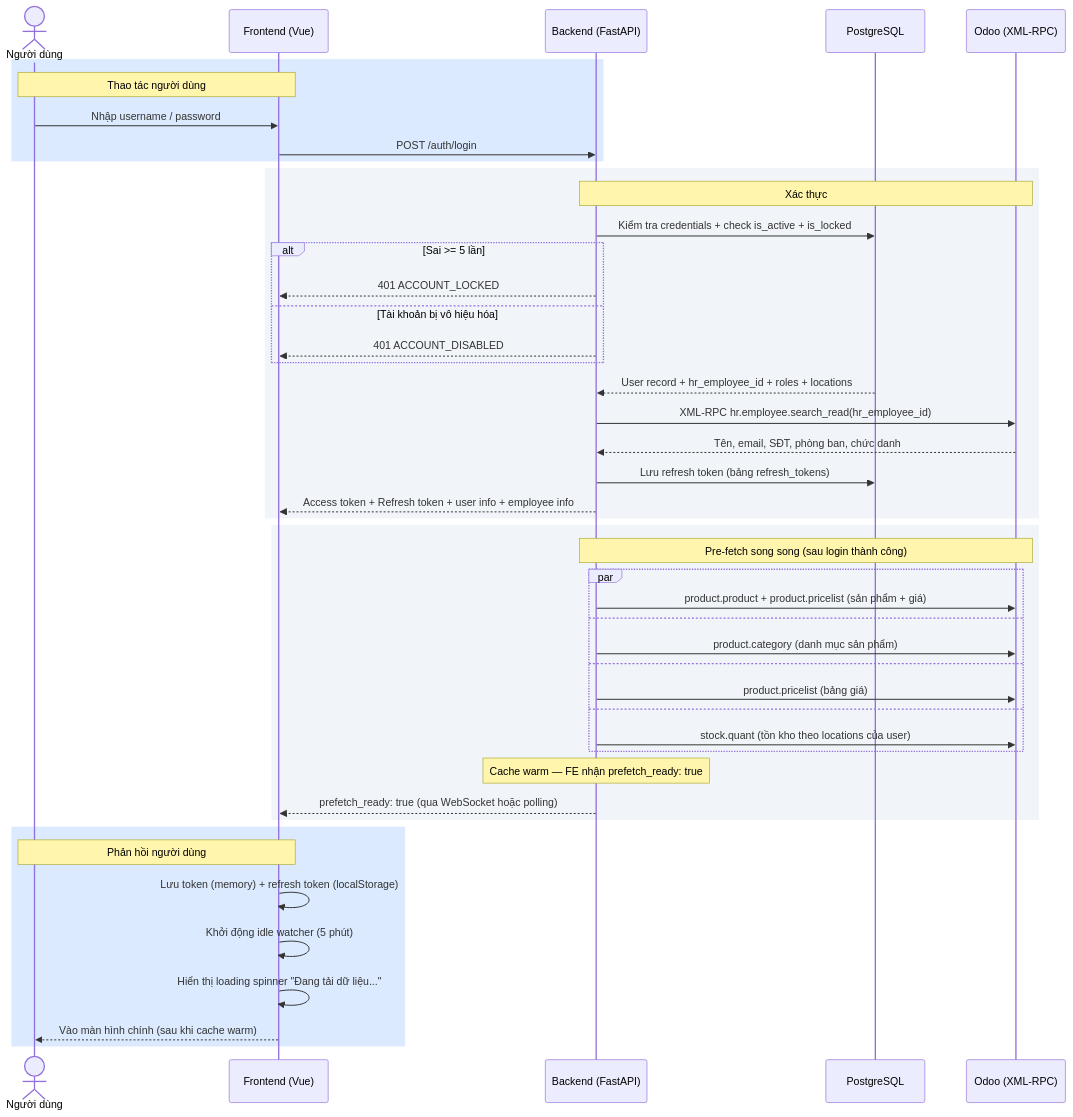
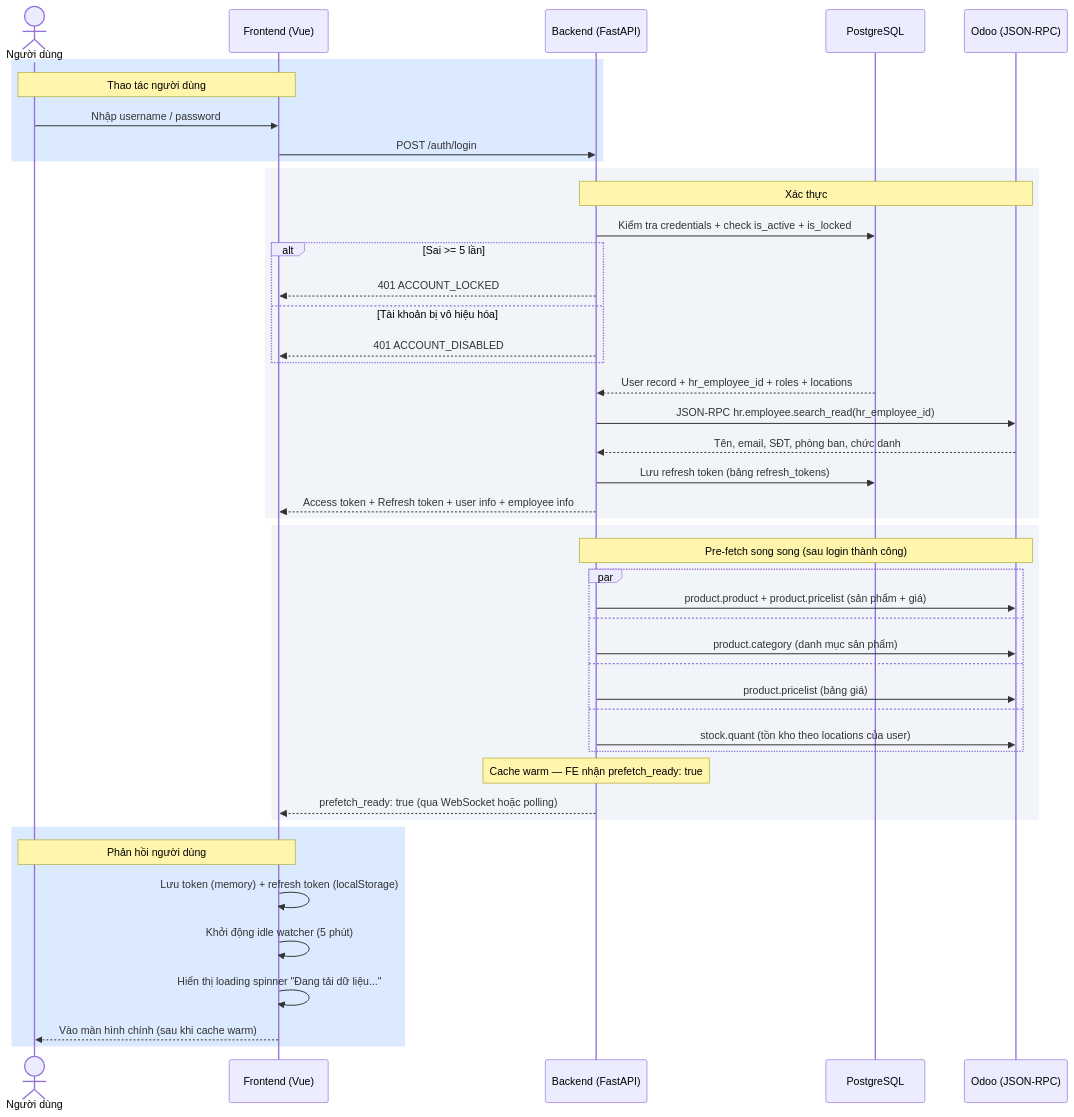
One commit to ngohuuduc/VJ_mobile_POS changed the seventh of 18 diagrams in process_flow.md. Above: the diagram before and after it, drawn with Mermaid. The commit also changed other lines of this file and 1 other file, not shown here.

````diff
--- a/process_flow.md
+++ b/process_flow.md
@@ -290,49 +281,49 @@
 ```mermaid
 sequenceDiagram
     actor User as Người dùng
     participant FE as Frontend (Vue)
     participant BE as Backend (FastAPI)
     participant DB as PostgreSQL
-    participant Odoo as Odoo (XML-RPC)
+    participant Odoo as Odoo (JSON-RPC)
 
     rect rgb(219, 234, 254)
         Note over User,FE: Thao tác người dùng
         User->>FE: Nhập username / password
         FE->>BE: POST /auth/login
     end
     rect rgb(241, 245, 249)
         Note over BE,Odoo: Xác thực
         BE->>DB: Kiểm tra credentials + check is_active + is_locked
         alt Sai >= 5 lần
             BE-->>FE: 401 ACCOUNT_LOCKED
         else Tài khoản bị vô hiệu hóa
             BE-->>FE: 401 ACCOUNT_DISABLED
         end
         DB-->>BE: User record + hr_employee_id + roles + locations
-        BE->>Odoo: XML-RPC hr.employee.search_read(hr_employee_id)
+        BE->>Odoo: JSON-RPC hr.employee.search_read(hr_employee_id)
         Odoo-->>BE: Tên, email, SĐT, phòng ban, chức danh
         BE->>DB: Lưu refresh token (bảng refresh_tokens)
         BE-->>FE: Access token + Refresh token + user info + employee info
     end
     rect rgb(241, 245, 249)
         Note over BE,Odoo: Pre-fetch song song (sau login thành công)
         par
             BE->>Odoo: product.product + product.pricelist (sản phẩm + giá)
         and
             BE->>Odoo: product.category (danh mục sản phẩm)
         and
             BE->>Odoo: product.pricelist (bảng giá)
         and
             BE->>Odoo: stock.quant (tồn kho theo locations của user)
         end
         Note over BE: Cache warm — FE nhận prefetch_ready: true
         BE-->>FE: prefetch_ready: true (qua WebSocket hoặc polling)
     end
     rect rgb(219, 234, 254)
         Note over FE,User: Phản hồi người dùng
         FE->>FE: Lưu token (memory) + refresh token (localStorage)
         FE->>FE: Khởi động idle watcher (5 phút)
         FE->>FE: Hiển thị loading spinner "Đang tải dữ liệu..."
         FE-->>User: Vào màn hình chính (sau khi cache warm)
     end
 ```
````
